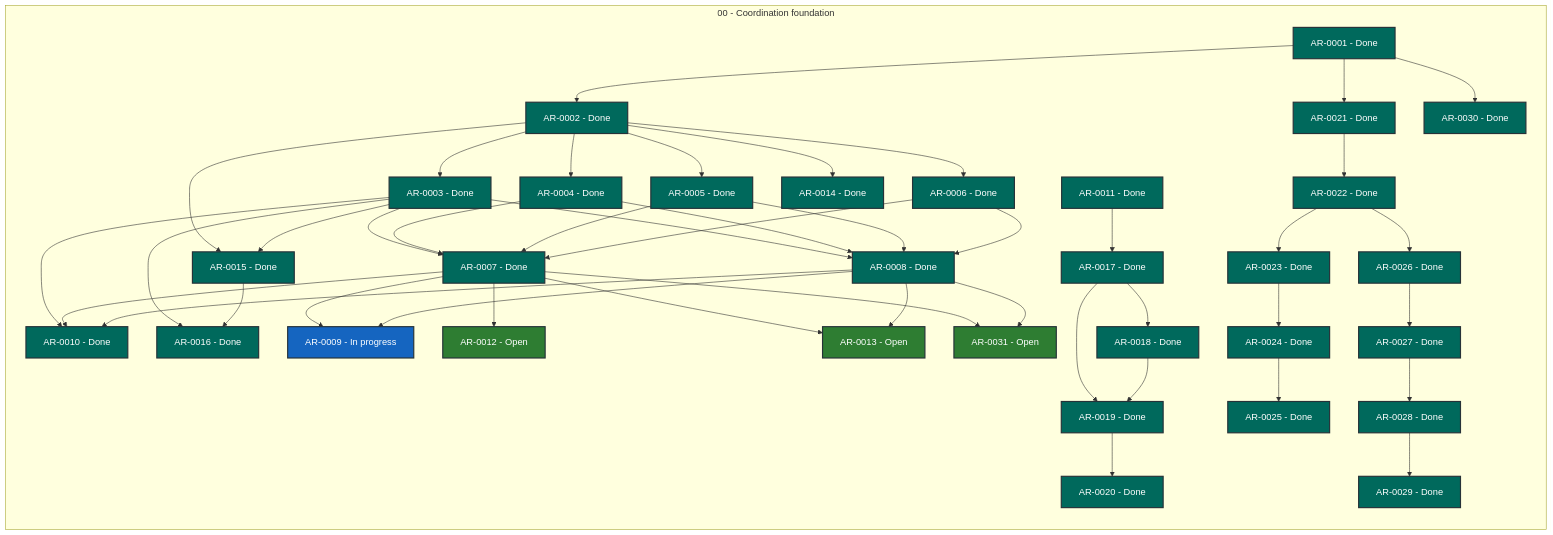
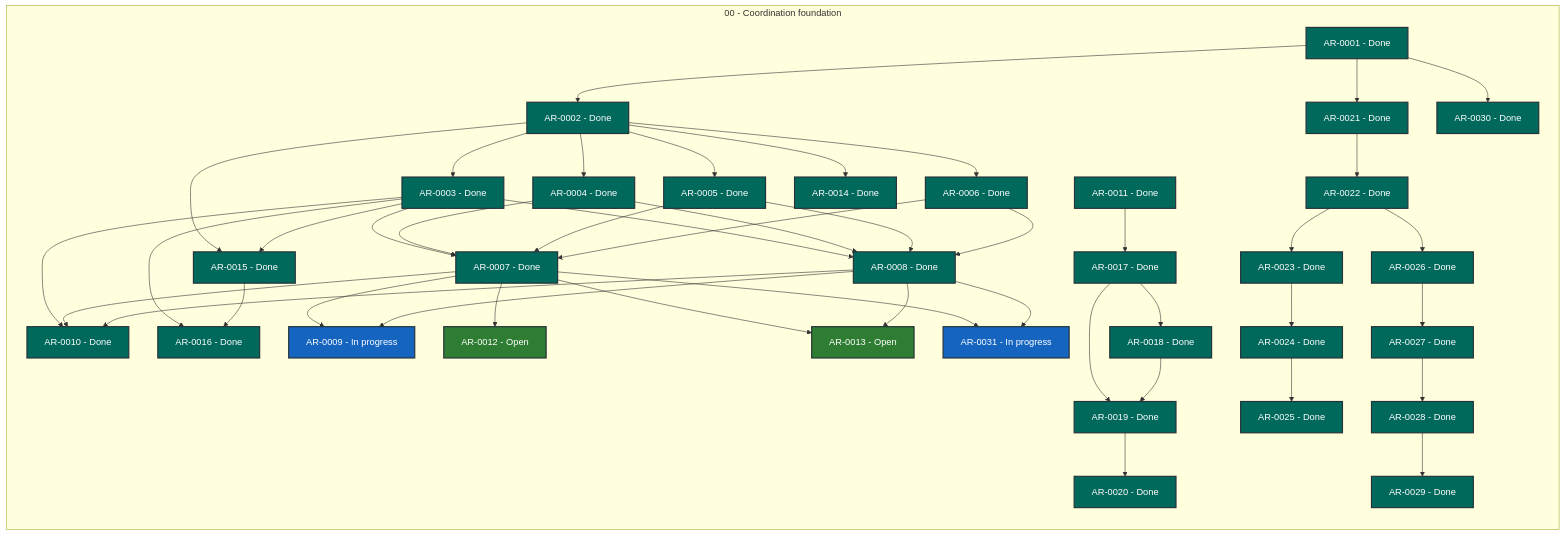
Before and after one commit to martin-beck/agent-workflow-coordinator-state: the diagram in STATUS.md, drawn with Mermaid. The commit also changed other lines of this file and 2 other files, not shown here.

```diff
--- a/STATUS.md
+++ b/STATUS.md
@@ -58,7 +58,7 @@
         AR_0028["AR-0028 - Done"]:::status_done
         AR_0029["AR-0029 - Done"]:::status_done
         AR_0030["AR-0030 - Done"]:::status_done
-        AR_0031["AR-0031 - Open"]:::status_open
+        AR_0031["AR-0031 - In progress"]:::status_in_progress
     end
     AR_0001 --> AR_0002
     AR_0001 --> AR_0021
```
